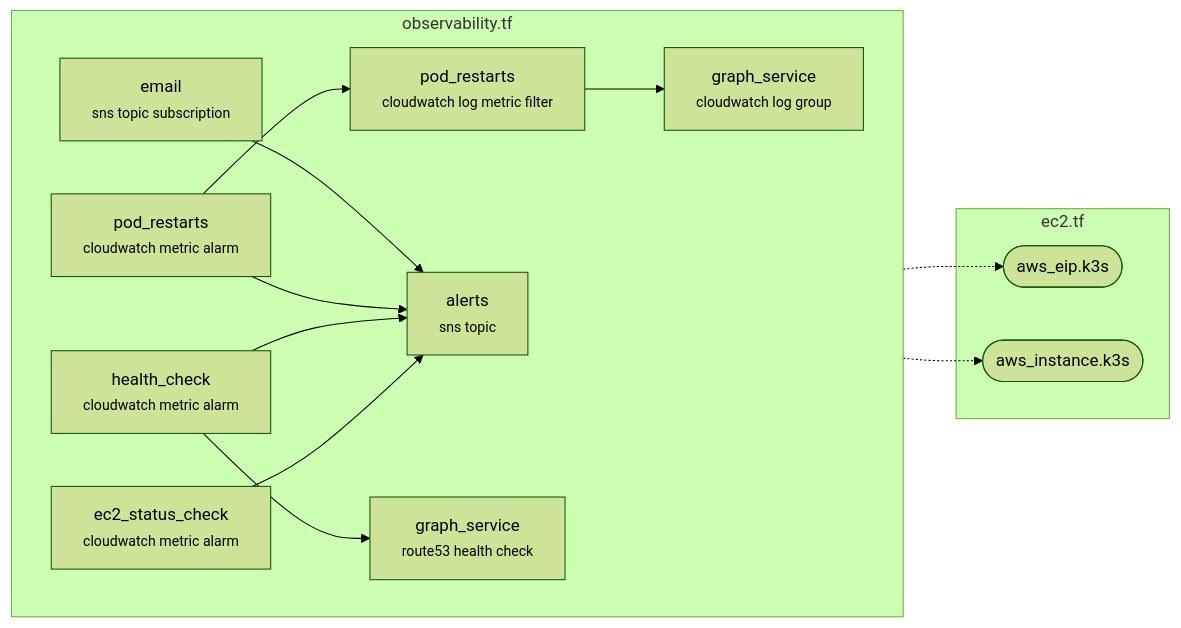
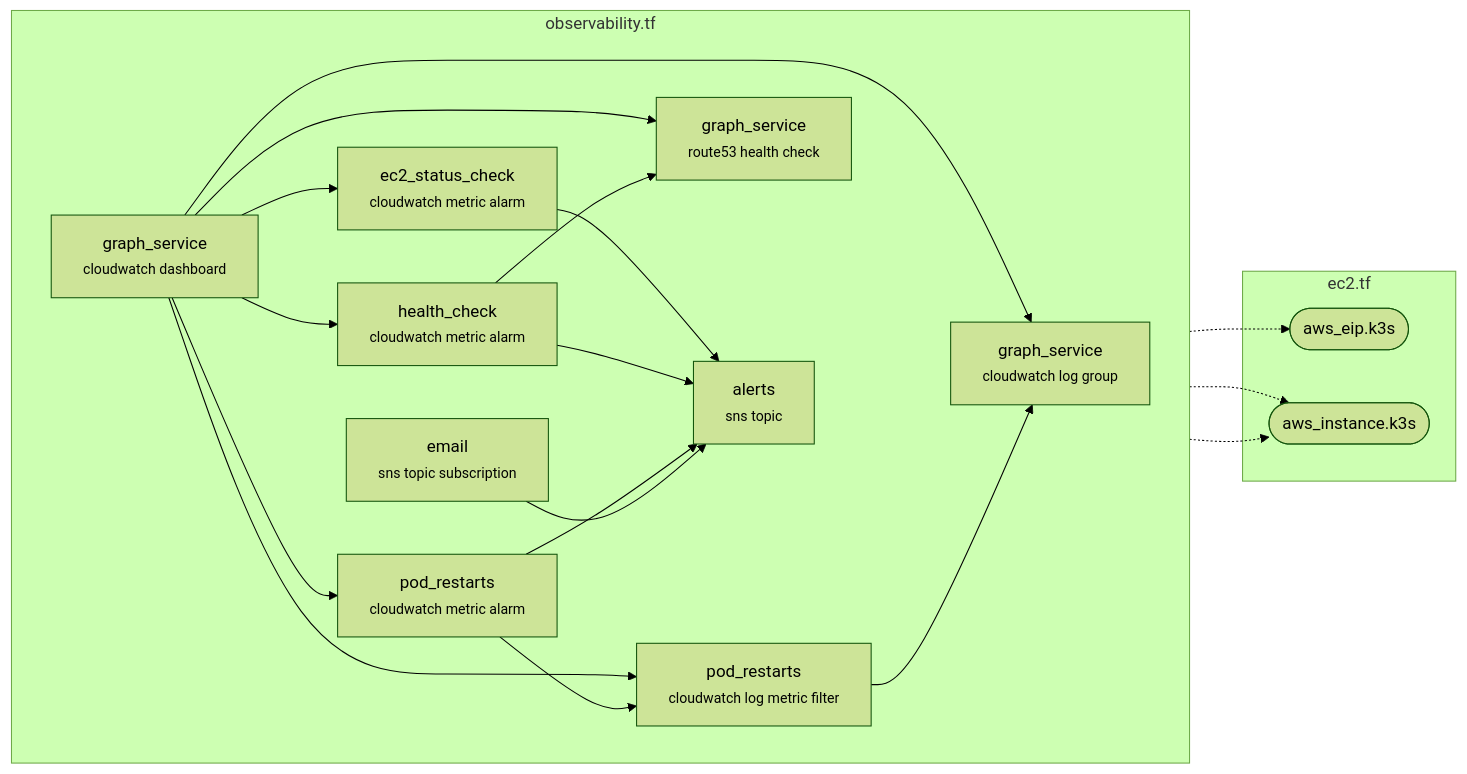
One commit to macamp0328/liner-notes changed the diagram in infra/diagrams/per-file/observability.mmd. Above: the diagram before and after it, drawn with Mermaid (forest theme). The commit also changed 6 other files, not shown here.

First line of the commit message:
task/126: add cloudwatch dashboard for graph-service observability (#146)

```diff
--- a/infra/diagrams/per-file/observability.mmd
+++ b/infra/diagrams/per-file/observability.mmd
@@ -1,27 +1,35 @@
 %% Auto-generated by scripts/diagrams/generate.ts — do not edit by hand.
 %% Source: infra/terraform/observability.tf
 flowchart LR
   subgraph this["observability.tf"]
     direction LR
     aws_cloudwatch_log_group_graph_service["graph_service<br/><small>cloudwatch log group</small>"]
     aws_sns_topic_alerts["alerts<br/><small>sns topic</small>"]
     aws_sns_topic_subscription_email["email<br/><small>sns topic subscription</small>"]
     aws_cloudwatch_log_metric_filter_pod_restarts["pod_restarts<br/><small>cloudwatch log metric filter</small>"]
     aws_cloudwatch_metric_alarm_pod_restarts["pod_restarts<br/><small>cloudwatch metric alarm</small>"]
     aws_route53_health_check_graph_service["graph_service<br/><small>route53 health check</small>"]
     aws_cloudwatch_metric_alarm_health_check["health_check<br/><small>cloudwatch metric alarm</small>"]
     aws_cloudwatch_metric_alarm_ec2_status_check["ec2_status_check<br/><small>cloudwatch metric alarm</small>"]
+    aws_cloudwatch_dashboard_graph_service["graph_service<br/><small>cloudwatch dashboard</small>"]
   end
   subgraph ext_ec2_tf["ec2.tf"]
     aws_eip_k3s(["aws_eip.k3s"])
     aws_instance_k3s(["aws_instance.k3s"])
   end
+  aws_cloudwatch_dashboard_graph_service --> aws_cloudwatch_log_group_graph_service
+  aws_cloudwatch_dashboard_graph_service --> aws_cloudwatch_log_metric_filter_pod_restarts
+  aws_cloudwatch_dashboard_graph_service --> aws_cloudwatch_metric_alarm_ec2_status_check
+  aws_cloudwatch_dashboard_graph_service --> aws_cloudwatch_metric_alarm_health_check
+  aws_cloudwatch_dashboard_graph_service --> aws_cloudwatch_metric_alarm_pod_restarts
+  aws_cloudwatch_dashboard_graph_service -.-> aws_instance_k3s
+  aws_cloudwatch_dashboard_graph_service --> aws_route53_health_check_graph_service
   aws_cloudwatch_log_metric_filter_pod_restarts --> aws_cloudwatch_log_group_graph_service
   aws_cloudwatch_metric_alarm_ec2_status_check -.-> aws_instance_k3s
   aws_cloudwatch_metric_alarm_ec2_status_check --> aws_sns_topic_alerts
   aws_cloudwatch_metric_alarm_health_check --> aws_route53_health_check_graph_service
   aws_cloudwatch_metric_alarm_health_check --> aws_sns_topic_alerts
   aws_cloudwatch_metric_alarm_pod_restarts --> aws_cloudwatch_log_metric_filter_pod_restarts
   aws_cloudwatch_metric_alarm_pod_restarts --> aws_sns_topic_alerts
   aws_route53_health_check_graph_service -.-> aws_eip_k3s
   aws_sns_topic_subscription_email --> aws_sns_topic_alerts
```
